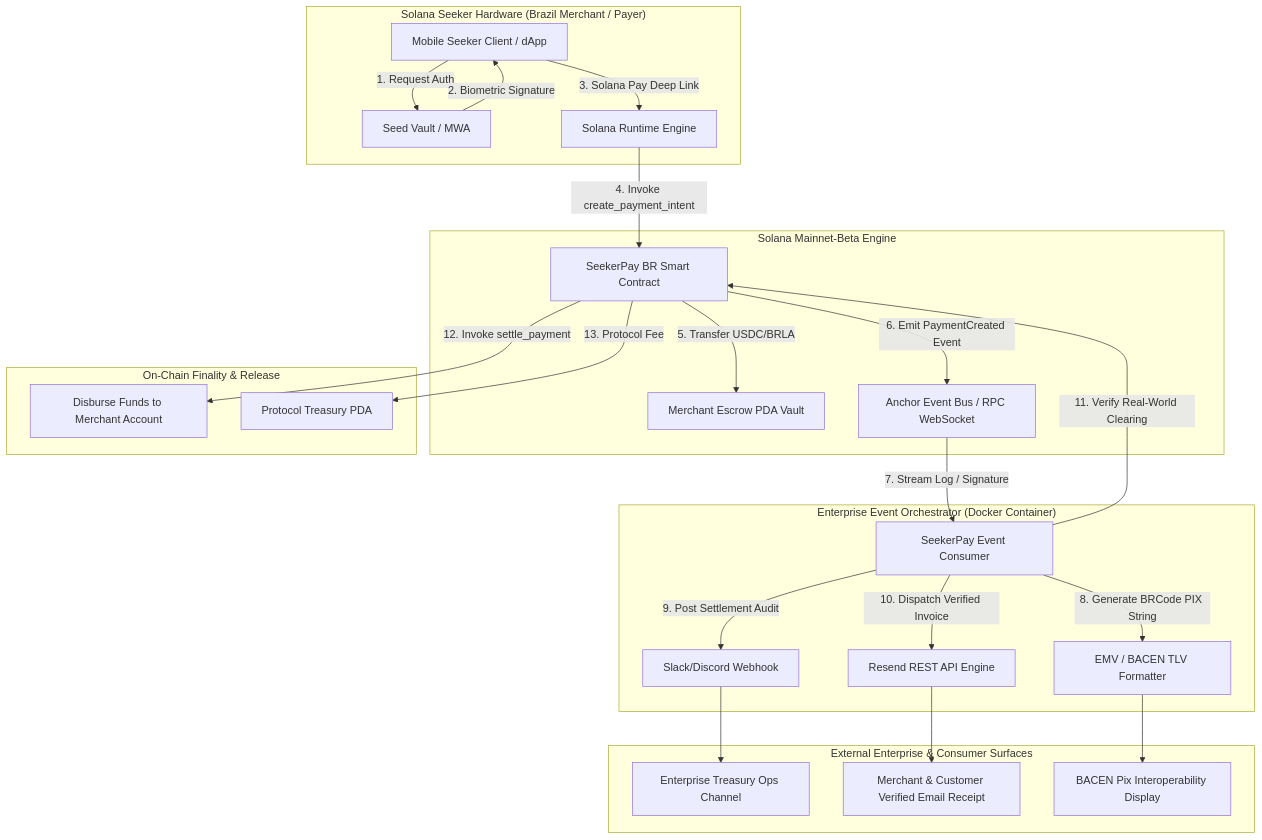
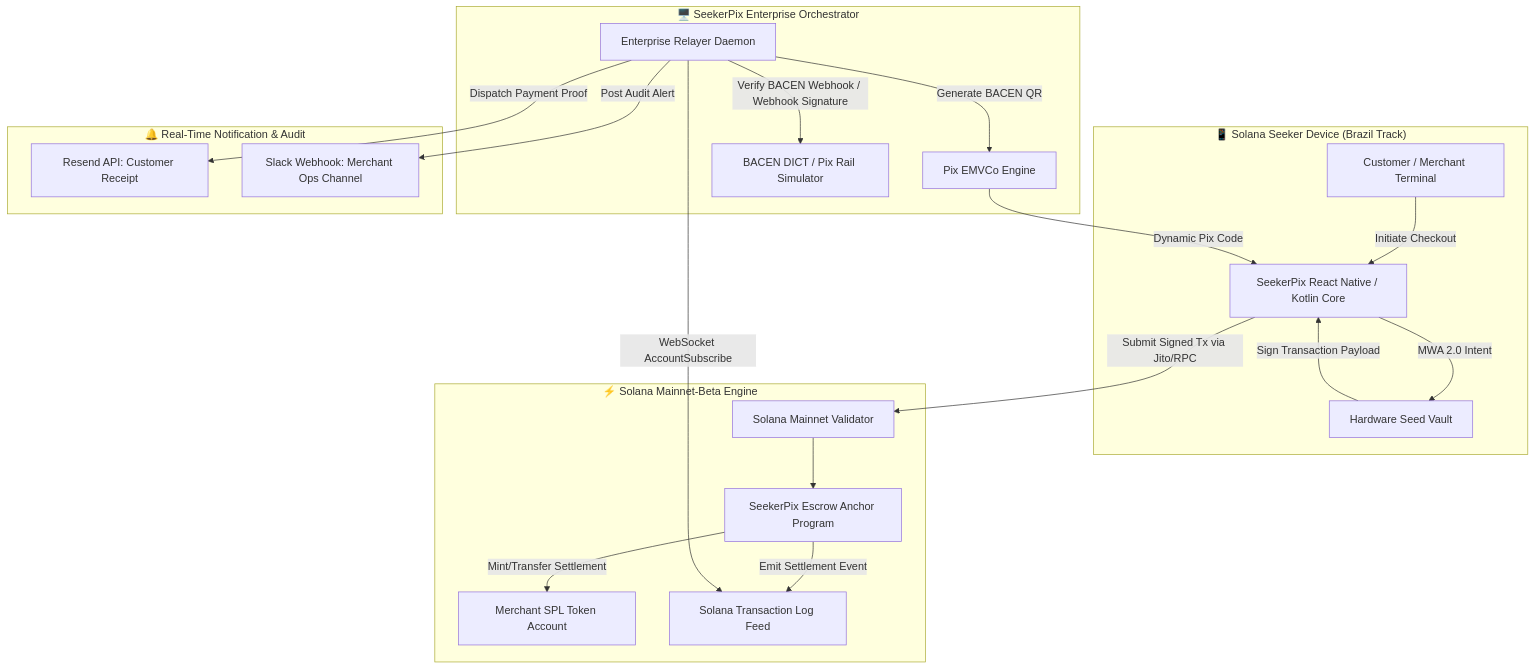
One commit to wiliancolomboo-tech/web3-get-your-seeker-app-to-mainnet------ad2068 changed the diagram in README.md. Above: the diagram before and after it, drawn with Mermaid. The commit also changed other lines of this file and 188 other files, not shown here.

````diff
--- a/README.md
+++ b/README.md
@@ -42,33 +44,27 @@
 ```mermaid
 flowchart TD
-    subgraph Client["Solana Seeker Hardware (Brazil Merchant / Payer)"]
-        A[Mobile Seeker Client / dApp] -->|1. Request Auth| B[Seed Vault / MWA]
-        B -->|2. Biometric Signature| A
-        A -->|3. Solana Pay Deep Link| C[Solana Runtime Engine]
+    subgraph MobileDevice["📱 Solana Seeker Device (Brazil Track)"]
+        A[Customer / Merchant Terminal] -->|Initiate Checkout| B[SeekerPix React Native / Kotlin Core]
+        B -->|MWA 2.0 Intent| SV[Hardware Seed Vault]
+        SV -->|Sign Transaction Payload| B
     end
 
-    subgraph Solana["Solana Mainnet-Beta Engine"]
-        C -->|4. Invoke create_payment_intent| D[SeekerPay BR Smart Contract]
-        D -->|5. Transfer USDC/BRLA| E[Merchant Escrow PDA Vault]
-        D -->|6. Emit PaymentCreated Event| F[Anchor Event Bus / RPC WebSocket]
+    subgraph SolanaNetwork["⚡ Solana Mainnet-Beta Engine"]
+        B -->|Submit Signed Tx via Jito/RPC| RPC[Solana Mainnet Validator]
+        RPC --> SC[SeekerPix Escrow Anchor Program]
+        SC -->|Mint/Transfer Settlement| MATA[Merchant SPL Token Account]
+        SC -->|Emit Settlement Event| LOGS[Solana Transaction Log Feed]
     end
 
-    subgraph Relayer["Enterprise Event Orchestrator (Docker Container)"]
-        F -->|7. Stream Log / Signature| G[SeekerPay Event Consumer]
-        G -->|8. Generate BRCode PIX String| H[EMV / BACEN TLV Formatter]
-        G -->|9. Post Settlement Audit| I[Slack/Discord Webhook]
-        G -->|10. Dispatch Verified Invoice| J[Resend REST API Engine]
+    subgraph RelayerService["🖥️ SeekerPix Enterprise Orchestrator"]
+        RELAY[Enterprise Relayer Daemon] -->|WebSocket AccountSubscribe| LOGS
+        RELAY -->|Generate BACEN QR| PIXGEN[Pix EMVCo Engine]
+        PIXGEN -->|Dynamic Pix Code| B
+        RELAY -->|Verify BACEN Webhook / Webhook Signature| BCB[BACEN DICT / Pix Rail Simulator]
     end
 
-    subgraph External["External Enterprise & Consumer Surfaces"]
-        I --> K[Enterprise Treasury Ops Channel]
-        J --> L[Merchant & Customer Verified Email Receipt]
-        H --> M[BACEN Pix Interoperability Display]
-    end
-
-    subgraph Settlement["On-Chain Finality & Release"]
-        G -->|11. Verify Real-World Clearing| D
-        D -->|12. Invoke settle_payment| N[Disburse Funds to Merchant Account]
-        D -->|13. Protocol Fee| O[Protocol Treasury PDA]
+    subgraph NotificationHub["🔔 Real-Time Notification & Audit"]
+        RELAY -->|Dispatch Payment Proof| RESEND[Resend API: Customer Receipt]
+        RELAY -->|Post Audit Alert| SLACK[Slack Webhook: Merchant Ops Channel]
     end
 ```
````
